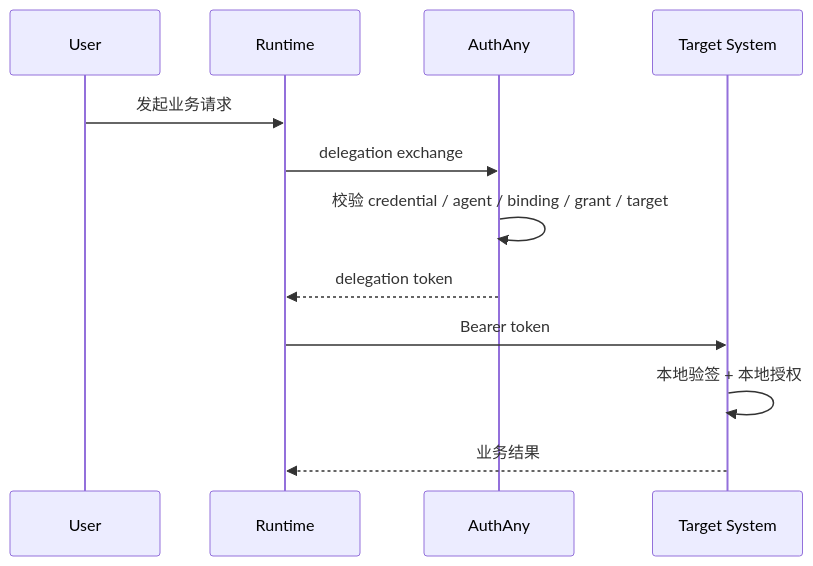
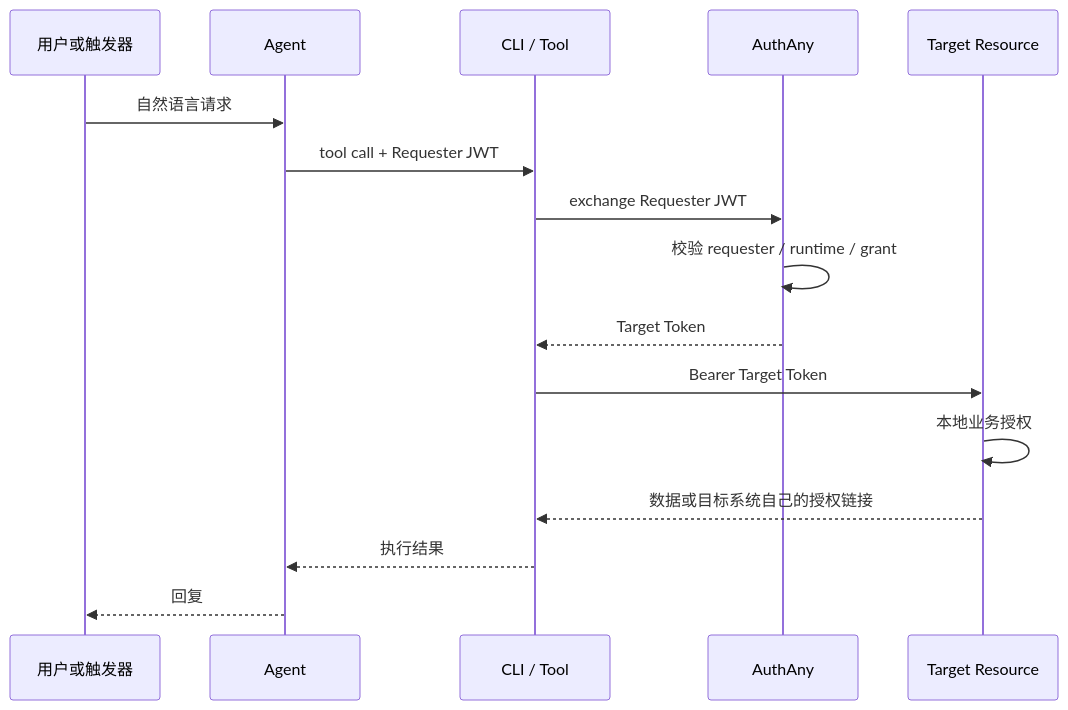
Before and after one commit to renxqoo/Authany: the fourth of 6 diagrams in specs/15-ALL-FLOWS.md, drawn with Mermaid. The commit also changed other lines of this file and 310 other files, not shown here.

Commit message:
feat: harden security flows and reorganize example apps

````diff
--- a/specs/15-ALL-FLOWS.md
+++ b/specs/15-ALL-FLOWS.md
@@ -133,15 +71,19 @@
 ```mermaid
 sequenceDiagram
-    participant U as User
-    participant R as Runtime
+    participant U as 用户或触发器
+    participant AG as Agent
+    participant CLI as CLI / Tool
     participant A as AuthAny
-    participant T as Target System
+    participant T as Target Resource
 
-    U->>R: 发起业务请求
-    R->>A: delegation exchange
-    A->>A: 校验 credential / agent / binding / grant / target
-    A-->>R: delegation token
-    R->>T: Bearer token
-    T->>T: 本地验签 + 本地授权
-    T-->>R: 业务结果
+    U->>AG: 自然语言请求
+    AG->>CLI: tool call + Requester JWT
+    CLI->>A: exchange Requester JWT
+    A->>A: 校验 requester / runtime / grant
+    A-->>CLI: Target Token
+    CLI->>T: Bearer Target Token
+    T->>T: 本地业务授权
+    T-->>CLI: 数据或目标系统自己的授权链接
+    CLI-->>AG: 执行结果
+    AG-->>U: 回复
 ```
````
